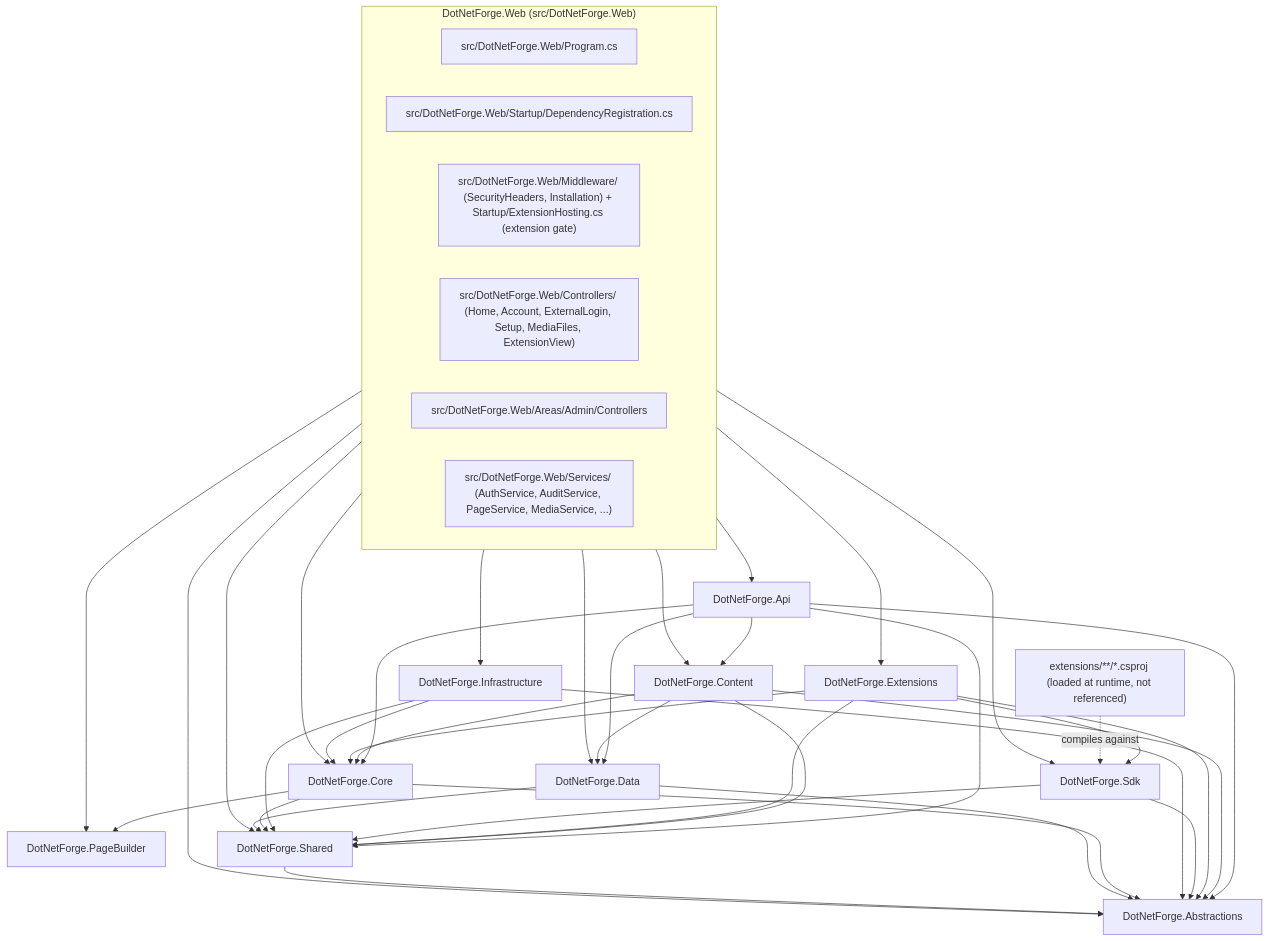
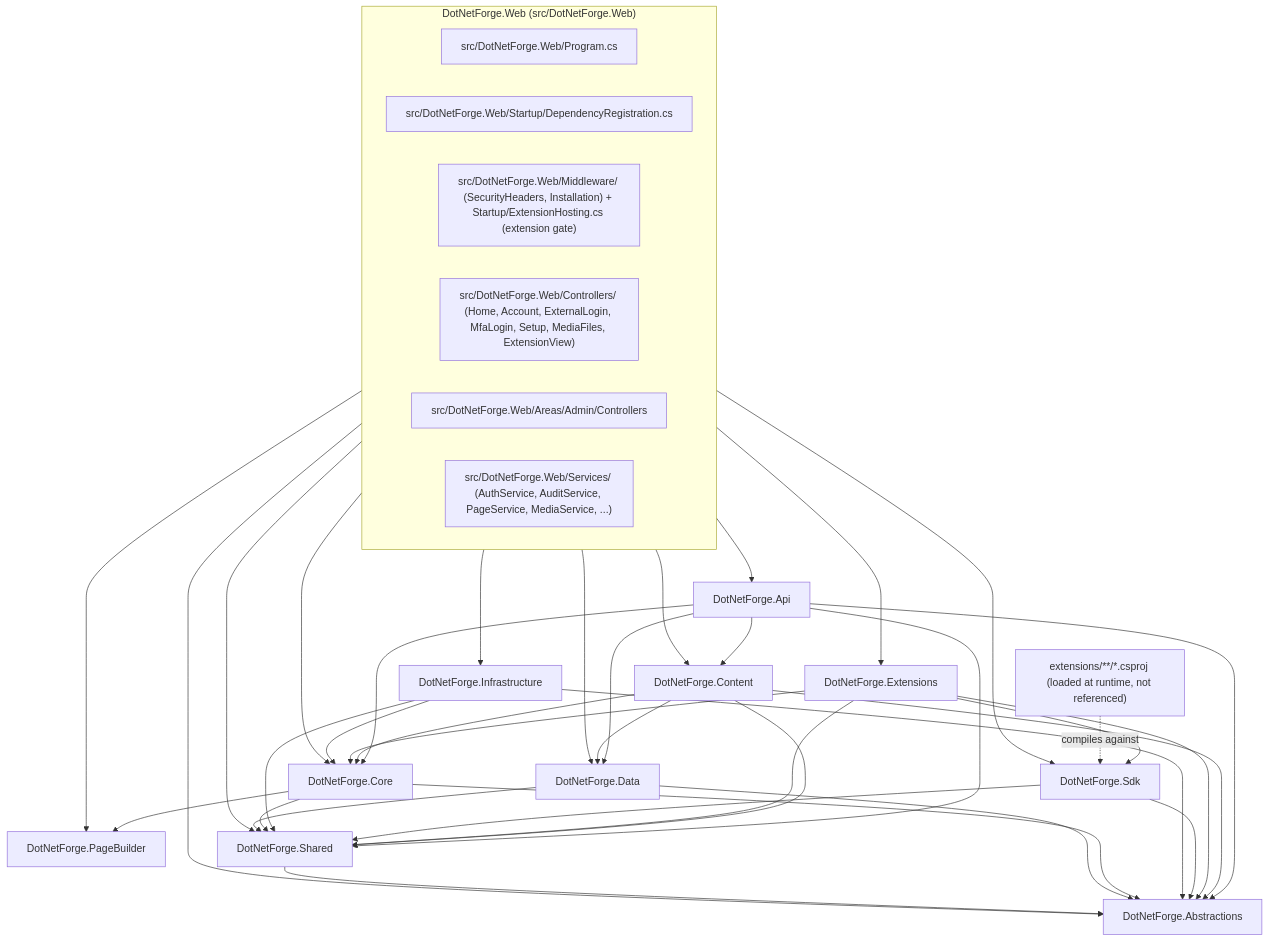
Before and after one commit to Albadit/DotNetForge: the first of 2 diagrams in .docs/architecture/codebase.md, drawn with Mermaid. The commit also changed other lines of this file and 143 other files, not shown here.

````diff
--- a/.docs/architecture/codebase.md
+++ b/.docs/architecture/codebase.md
@@ -57,33 +57,33 @@
 ```mermaid
 flowchart TB
     subgraph Host["DotNetForge.Web (src/DotNetForge.Web)"]
         Program["src/DotNetForge.Web/Program.cs"]
         DI["src/DotNetForge.Web/Startup/DependencyRegistration.cs"]
         MW["src/DotNetForge.Web/Middleware/ (SecurityHeaders, Installation) + Startup/ExtensionHosting.cs (extension gate)"]
-        PubCtl["src/DotNetForge.Web/Controllers/ (Home, Account, ExternalLogin, Setup, MediaFiles, ExtensionView)"]
+        PubCtl["src/DotNetForge.Web/Controllers/ (Home, Account, ExternalLogin, MfaLogin, Setup, MediaFiles, ExtensionView)"]
         AdminCtl["src/DotNetForge.Web/Areas/Admin/Controllers"]
         Svc["src/DotNetForge.Web/Services/ (AuthService, AuditService, PageService, MediaService, ...)"]
     end
     Api["DotNetForge.Api"]
     Ext["DotNetForge.Extensions"]
     Sdk["DotNetForge.Sdk"]
     ExtCode["extensions/**/*.csproj (loaded at runtime, not referenced)"]
     Infra["DotNetForge.Infrastructure"]
     PB["DotNetForge.PageBuilder"]
     Cnt["DotNetForge.Content"]
     Core["DotNetForge.Core"]
     Data["DotNetForge.Data"]
     Shared["DotNetForge.Shared"]
     Abs["DotNetForge.Abstractions"]
 
     Host --> Api & Ext & Sdk & Infra & Core & Data & Shared & Abs & PB & Cnt
     Api --> Cnt & Core & Data & Shared & Abs
     Cnt --> Core & Data & Shared & Abs
     Ext --> Sdk & Core & Shared & Abs
     Sdk --> Shared & Abs
     ExtCode -. compiles against .-> Sdk
     Infra --> Core & Shared & Abs
     Core --> Shared & Abs & PB
     Data --> Shared & Abs
     Shared --> Abs
 ```
````
